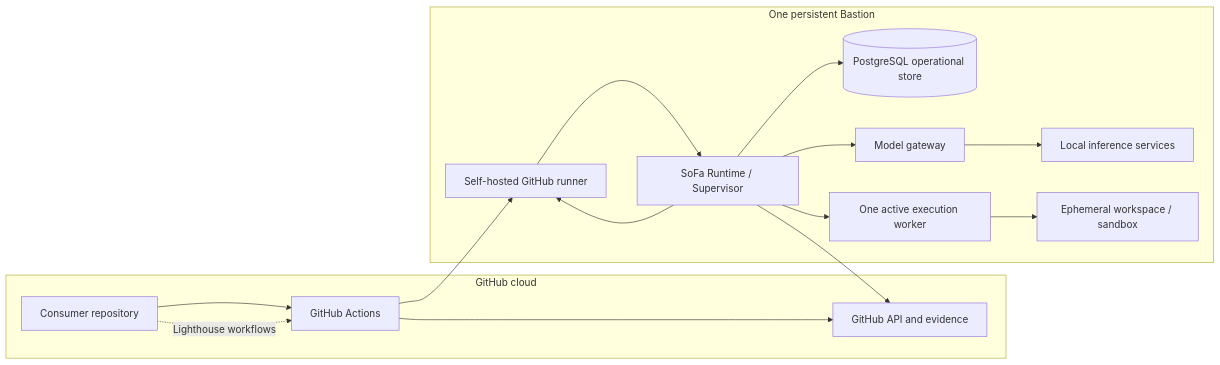
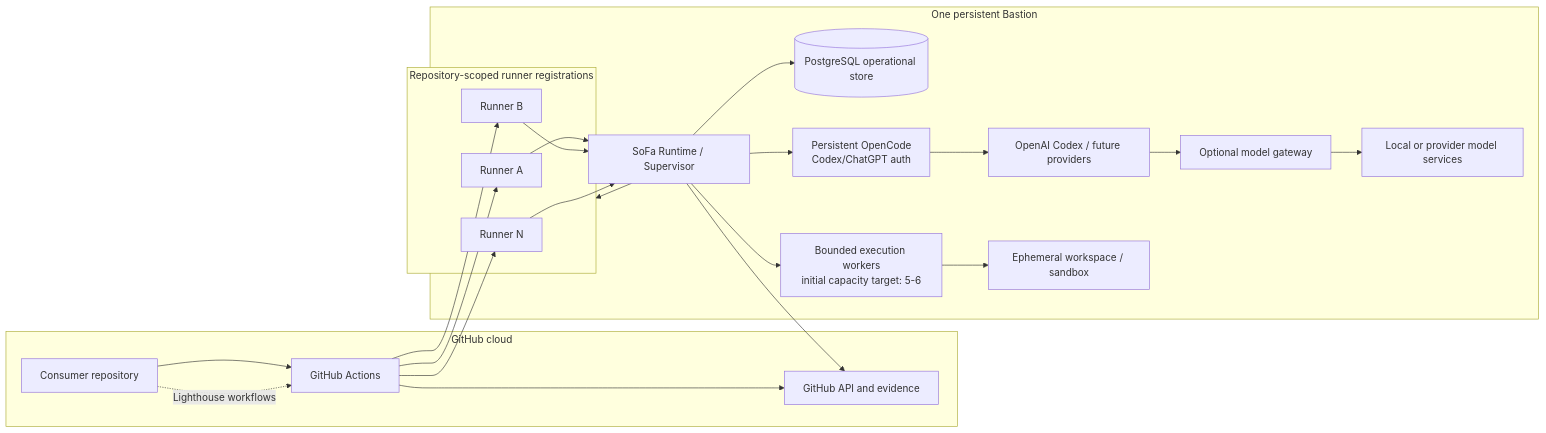
The diagram in docs/architecture/07-deployment-view/README.md (juangcarmona/sofa), drawn with Mermaid before and after one commit. The commit also changed other lines of this file and 20 other files, not shown here.

Commit message:
docs(14): reconcile accepted factory architecture and pilot (#15)

````diff
--- a/docs/architecture/07-deployment-view/README.md
+++ b/docs/architecture/07-deployment-view/README.md
@@ -11,31 +11,45 @@
 ```mermaid
 flowchart LR
+    accTitle: SoFa deployment on one persistent Bastion
     subgraph Cloud["GitHub cloud"]
         Repo[Consumer repository]
         Actions[GitHub Actions]
         API[GitHub API and evidence]
         Repo --> Actions
         Actions --> API
     end
 
     subgraph Host["One persistent Bastion"]
         Runtime[SoFa Runtime / Supervisor]
-        Runner[Self-hosted GitHub runner]
+        subgraph Registrations["Repository-scoped runner registrations"]
+            RunnerA["Runner A"]
+            RunnerB["Runner B"]
+            RunnerN["Runner N"]
+        end
         DB[(PostgreSQL operational store)]
-        Gateway[Model gateway]
-        LocalModels[Local inference services]
+        OpenCode[Persistent OpenCode
+                 Codex/ChatGPT auth]
+        Providers[OpenAI Codex / future providers]
+        Gateway[Optional model gateway]
+        LocalModels[Local or provider model services]
         Runtime --> DB
-        Runtime --> Runner
-        Runtime --> Gateway
+        Runtime --> Registrations
+        RunnerA --> Runtime
+        RunnerB --> Runtime
+        RunnerN --> Runtime
+        Runtime --> OpenCode
+        OpenCode --> Providers
+        Providers --> Gateway
         Gateway --> LocalModels
-        Runner --> Runtime
-        Worker[One active execution worker]
+        Workers["Bounded execution workers\ninitial capacity target: 5-6"]
         Workspace[Ephemeral workspace / sandbox]
-        Runtime --> Worker
-        Worker --> Workspace
+        Runtime --> Workers
+        Workers --> Workspace
     end
 
-    Actions --> Runner
+    Actions --> RunnerA
+    Actions --> RunnerB
+    Actions --> RunnerN
     Runtime --> API
     Repo -. Lighthouse workflows .-> Actions
 ```
````
